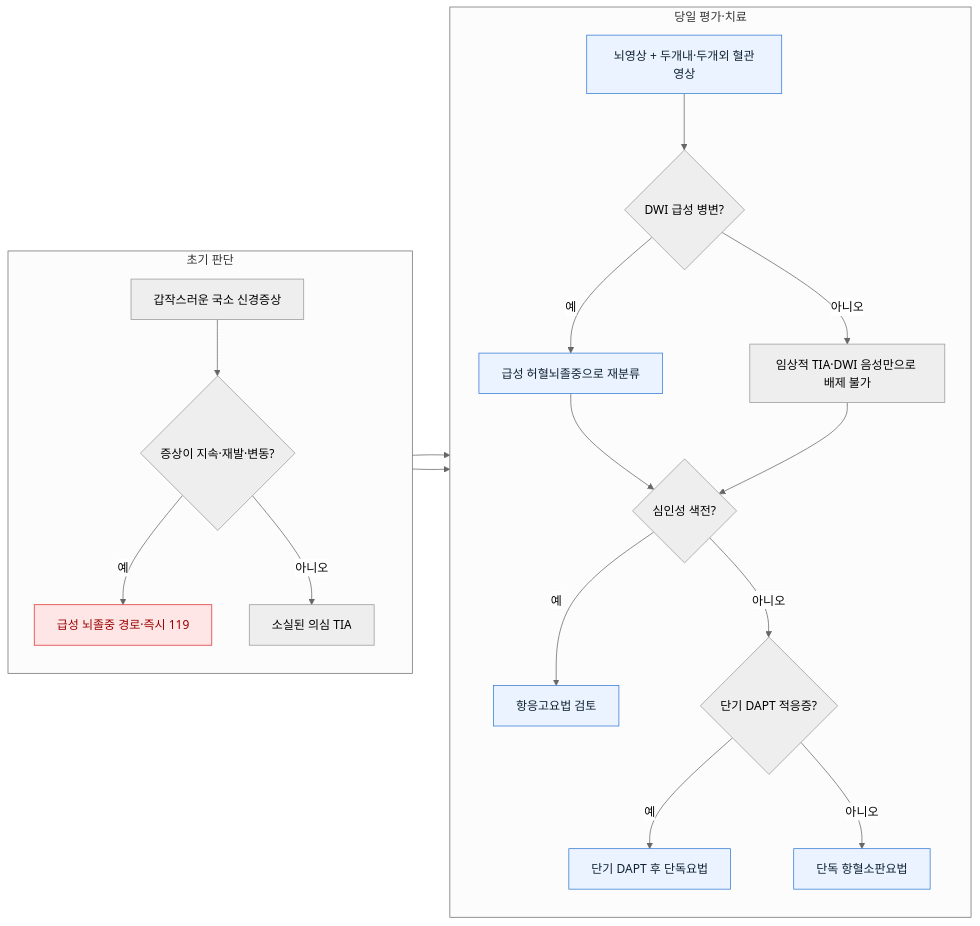
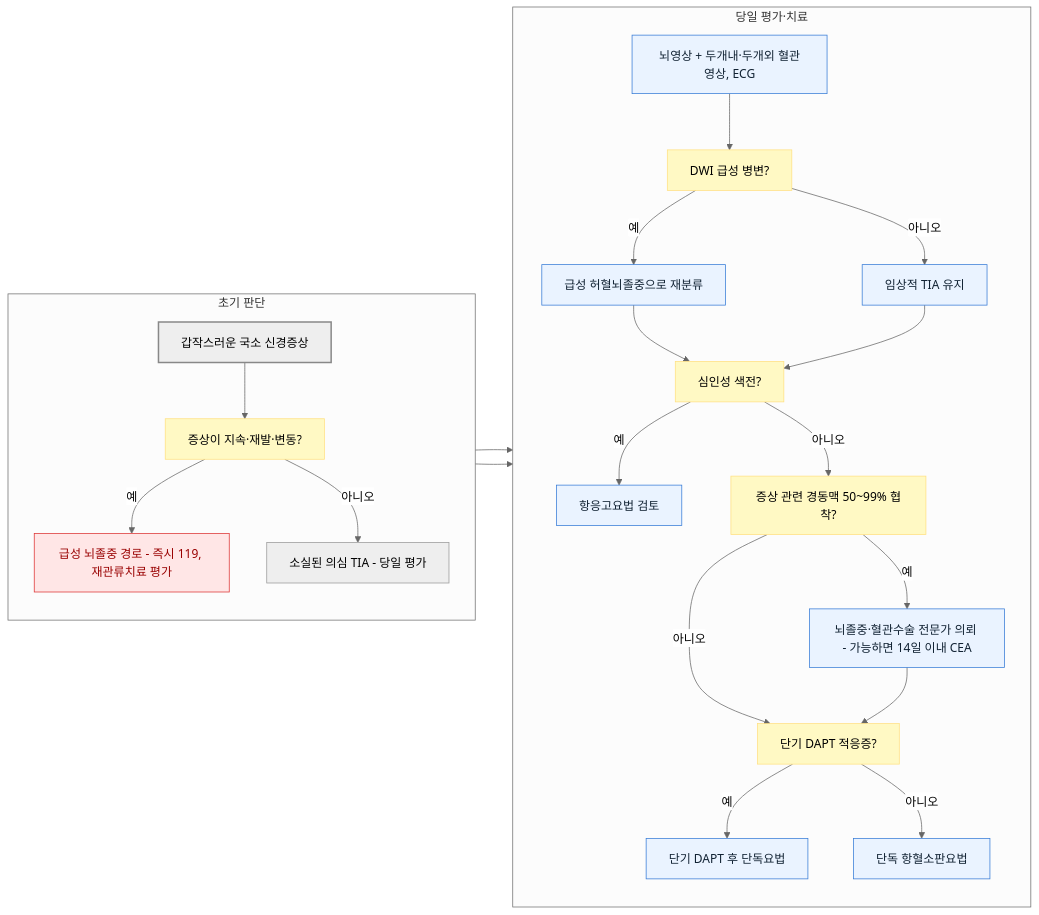
Before and after one commit to familyoh77/familyoh77: the diagram in 221_/023_-tia.md, drawn with Mermaid (neutral theme). The commit also changed other lines of this file, not shown here.

````diff
--- a/221_/023_-tia.md
+++ b/221_/023_-tia.md
@@ -119,27 +132,34 @@
 ```mermaid
 flowchart LR
-  subgraph L["초기 판단"]
+  subgraph SL["초기 판단"]
     direction TB
-    A["갑작스러운 국소 신경증상"] --> B{"증상이 지속·재발·변동?"}
-    B -->|예| C["급성 뇌졸중 경로·즉시 119"]
-    B -->|아니오| D["소실된 의심 TIA"]
+    A["갑작스러운 국소 신경증상"] --> B["증상이 지속·재발·변동?"]
+    B -->|예| C["급성 뇌졸중 경로 - 즉시 119, 재관류치료 평가"]
+    B -->|아니오| D["소실된 의심 TIA - 당일 평가"]
   end
-  subgraph R["당일 평가·치료"]
+  subgraph SR["당일 평가·치료"]
     direction TB
-    E["뇌영상 + 두개내·두개외 혈관영상"] --> F{"DWI 급성 병변?"}
+    E["뇌영상 + 두개내·두개외 혈관영상, ECG"] --> F["DWI 급성 병변?"]
     F -->|예| G["급성 허혈뇌졸중으로 재분류"]
-    F -->|아니오| H["임상적 TIA·DWI 음성만으로 배제 불가"]
-    G --> I{"심인성 색전?"}
+    F -->|아니오| H["임상적 TIA 유지"]
+    G --> I["심인성 색전?"]
     H --> I
     I -->|예| J["항응고요법 검토"]
-    I -->|아니오| K{"단기 DAPT 적응증?"}
-    K -->|예| M["단기 DAPT 후 단독요법"]
-    K -->|아니오| N["단독 항혈소판요법"]
+    I -->|아니오| K["증상 관련 경동맥 50~99% 협착?"]
+    K -->|예| P["뇌졸중·혈관수술 전문가 의뢰 - 가능하면 14일 이내 CEA"]
+    K -->|아니오| M["단기 DAPT 적응증?"]
+    P --> M
+    M -->|예| N["단기 DAPT 후 단독요법"]
+    M -->|아니오| O["단독 항혈소판요법"]
   end
   D --> E
   C --> E
+  classDef start fill:#eeeeee,stroke:#888888,stroke-width:2px
+  classDef question fill:#fff9c4,stroke:#ffe082
   classDef danger fill:#ffe6e6,stroke:#d33,color:#900
   classDef action fill:#eaf3ff,stroke:#367bd6,color:#123
+  class A start
+  class B,F,I,K,M question
   class C danger
-  class E,G,J,M,N action
+  class E,G,H,J,P,N,O action
 ```
````
